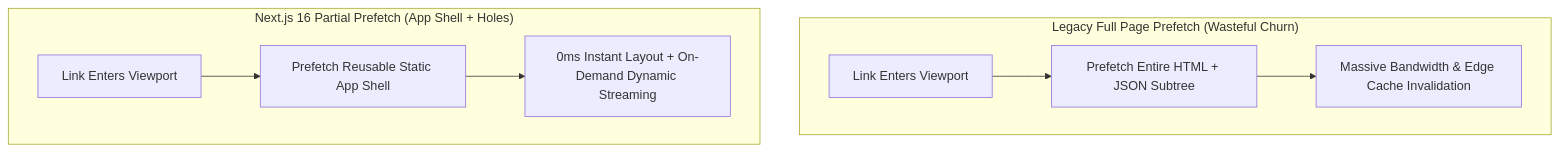
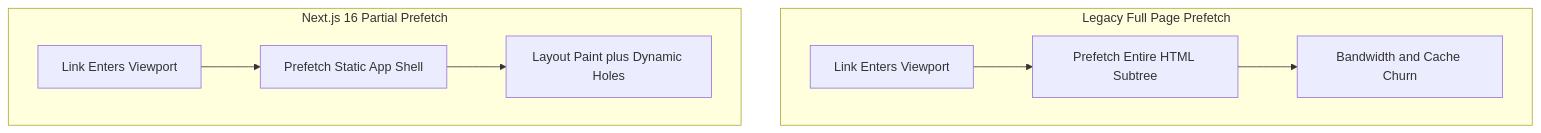
Before and after one commit to akmalkhaniub/akmalkhaniub.github.io: the second of 2 diagrams in .agents/skills/deep-tech-researcher/SKILL.md, drawn with Mermaid. The commit also changed other lines of this file and 411 other files, not shown here.

````diff
--- a/.agents/skills/deep-tech-researcher/SKILL.md
+++ b/.agents/skills/deep-tech-researcher/SKILL.md
@@ -74,12 +70,12 @@
 ```mermaid
-graph TD
-  subgraph SG1_Legacy ["Legacy Full Page Prefetch (Wasteful Churn)"]
-    A1["Link Enters Viewport"] --> B1["Prefetch Entire HTML + JSON Subtree"]
-    B1 --> C1["Massive Bandwidth & Edge Cache Invalidation"]
+flowchart TD
+  subgraph SG1_Legacy ["Legacy Full Page Prefetch"]
+    A1["Link Enters Viewport"] --> B1["Prefetch Entire HTML Subtree"]
+    B1 --> C1["Bandwidth and Cache Churn"]
   end
 
-  subgraph SG2_Modern ["Next.js 16 Partial Prefetch (App Shell + Holes)"]
-    A2["Link Enters Viewport"] --> B2["Prefetch Reusable Static App Shell"]
-    B2 --> C2["0ms Instant Layout + On-Demand Dynamic Streaming"]
+  subgraph SG2_Modern ["Next.js 16 Partial Prefetch"]
+    A2["Link Enters Viewport"] --> B2["Prefetch Static App Shell"]
+    B2 --> C2["Layout Paint plus Dynamic Holes"]
   end
 ```
````
